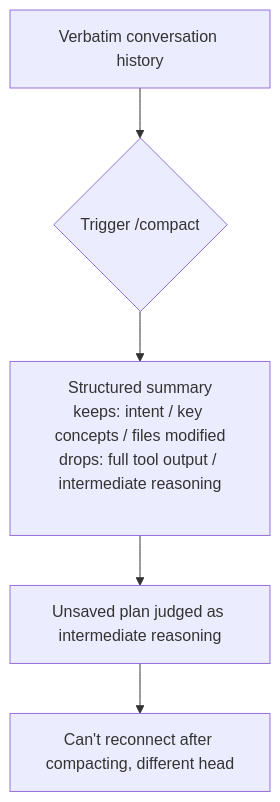
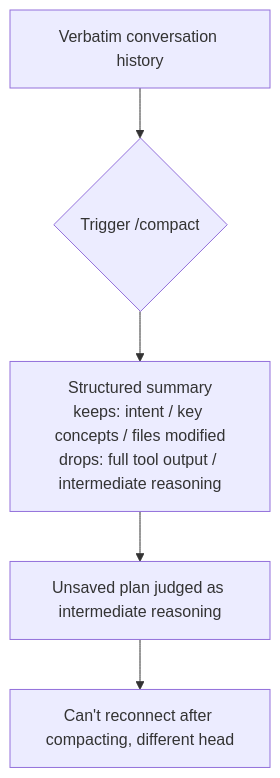
One commit to XuebinMa/AIWiki changed the diagram in i18n/en/docusaurus-plugin-content-docs/current/05-implementation/compact-timing.mdx. Above: the diagram before and after it, drawn with Mermaid. The commit also changed 99 other files, not shown here.

First line of the commit message:
fix(mermaid): 全局根治节点文字裁切（htmlLabels:false + 清理 br/nbsp 占位）(#26)

````diff
--- a/i18n/en/docusaurus-plugin-content-docs/current/05-implementation/compact-timing.mdx
+++ b/i18n/en/docusaurus-plugin-content-docs/current/05-implementation/compact-timing.mdx
@@ -40,7 +40,7 @@
 ```mermaid
 flowchart TD
     A[Verbatim conversation history] --> B{Trigger /compact}
-    B --> C["Structured summary<br/>keeps: intent / key concepts / files modified<br/>drops: full tool output / intermediate reasoning<br/>&nbsp;"]
+    B --> C["Structured summary<br/>keeps: intent / key concepts / files modified<br/>drops: full tool output / intermediate reasoning"]
     C --> D[Unsaved plan judged as intermediate reasoning]
     D --> E[Can't reconnect after compacting, different head]
 ```
````
